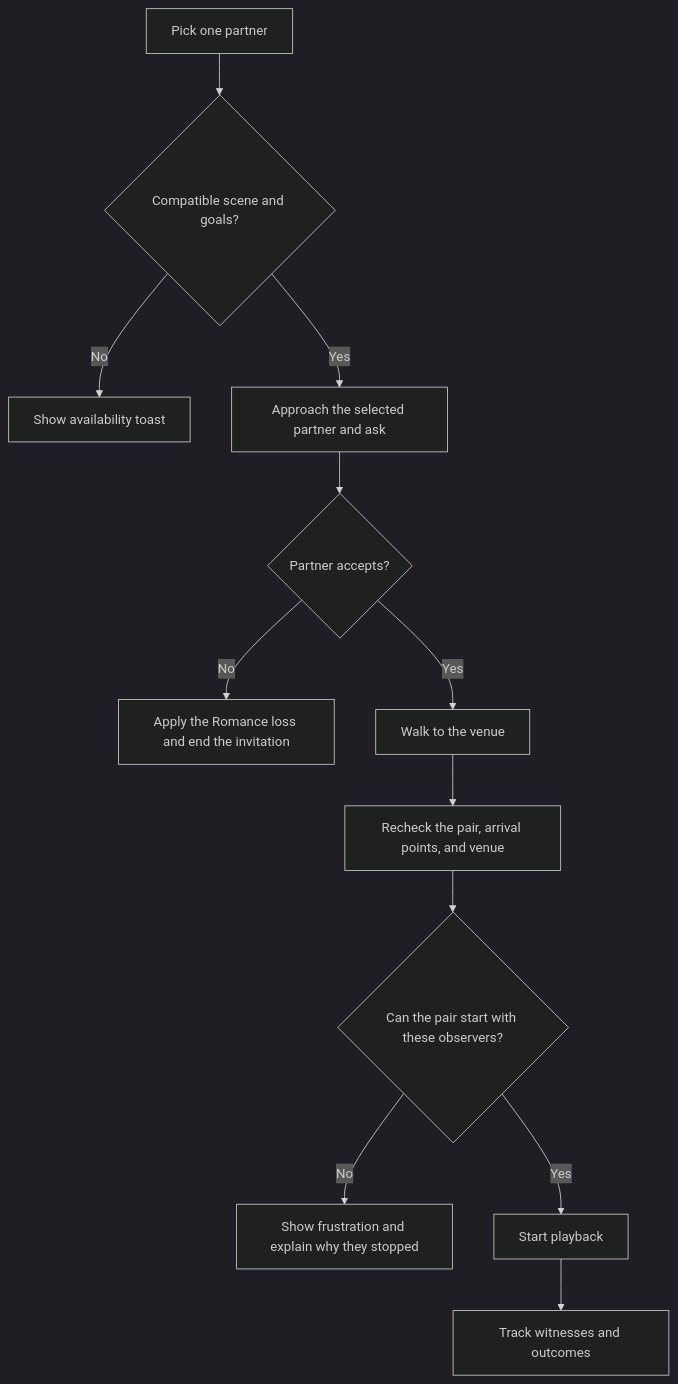
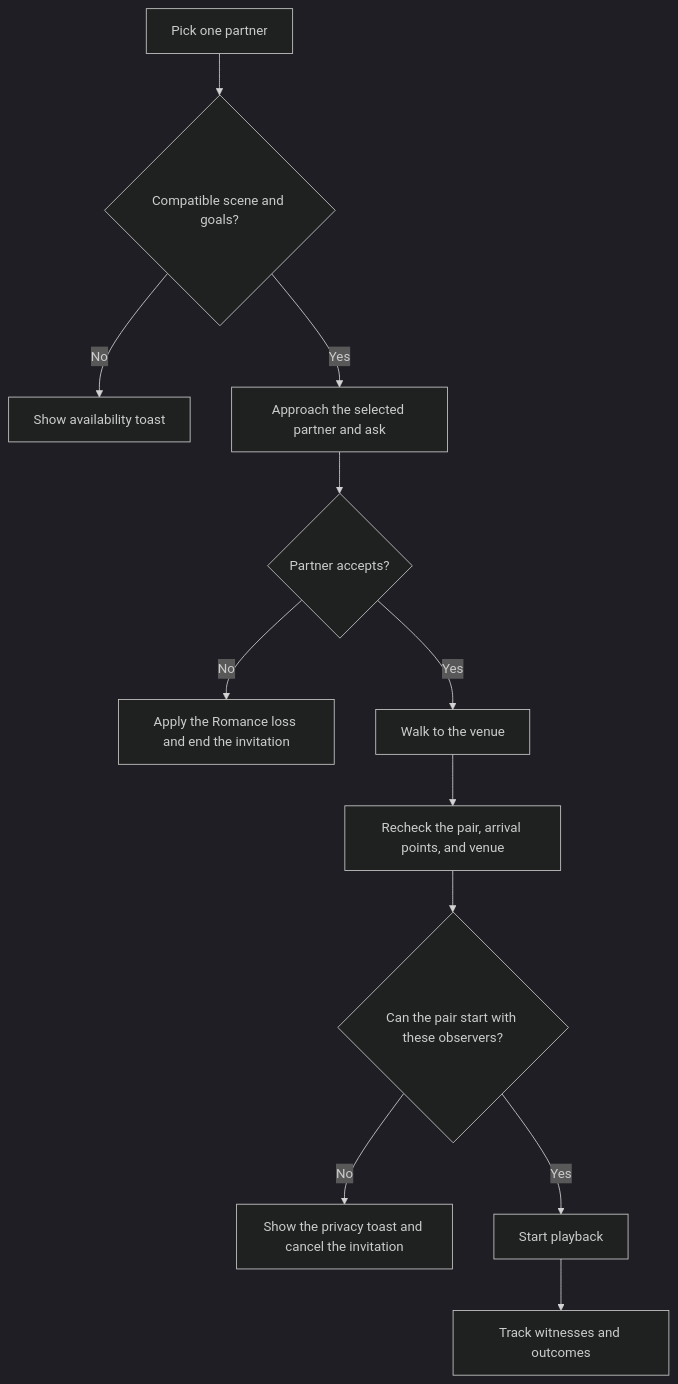
The diagram in docs/encounter-design.md (acepleiades/HZoi-Gameplay), drawn with Mermaid (dark theme) before and after one commit. The commit also changed other lines of this file and 25 other files, not shown here.

First line of the commit message:
Clarify HZoi invitation retries and privacy rejections

````diff
--- a/docs/encounter-design.md
+++ b/docs/encounter-design.md
@@ -15,14 +15,14 @@
 ```mermaid
 flowchart TD
     P["Pick one partner"] --> C{"Compatible scene and goals?"}
     C -->|No| T["Show availability toast"]
     C -->|Yes| I["Approach the selected partner and ask"]
     I --> A{"Partner accepts?"}
     A -->|No| E["Apply the Romance loss and end the invitation"]
     A -->|Yes| W["Walk to the venue"]
     W --> R["Recheck the pair, arrival points, and venue"]
     R --> V{"Can the pair start with these observers?"}
-    V -->|No| F["Show frustration and explain why they stopped"]
+    V -->|No| F["Show the privacy toast and cancel the invitation"]
     V -->|Yes| S["Start playback"]
     S --> O["Track witnesses and outcomes"]
 ```
````
